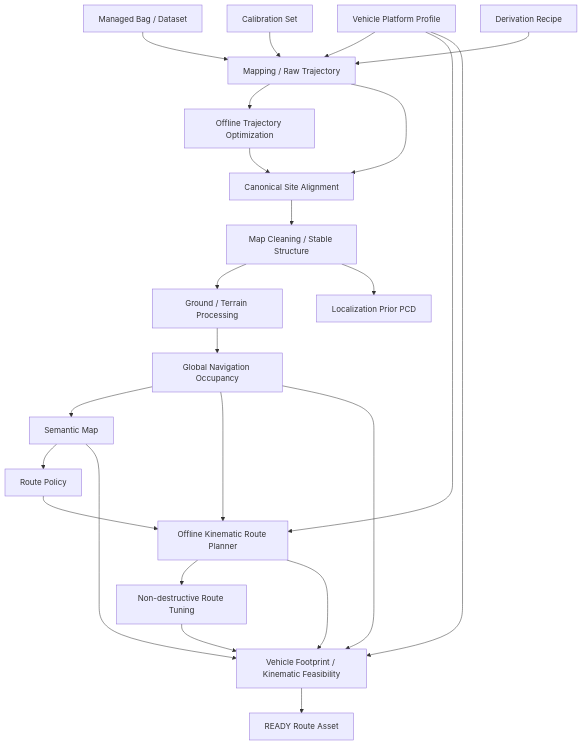
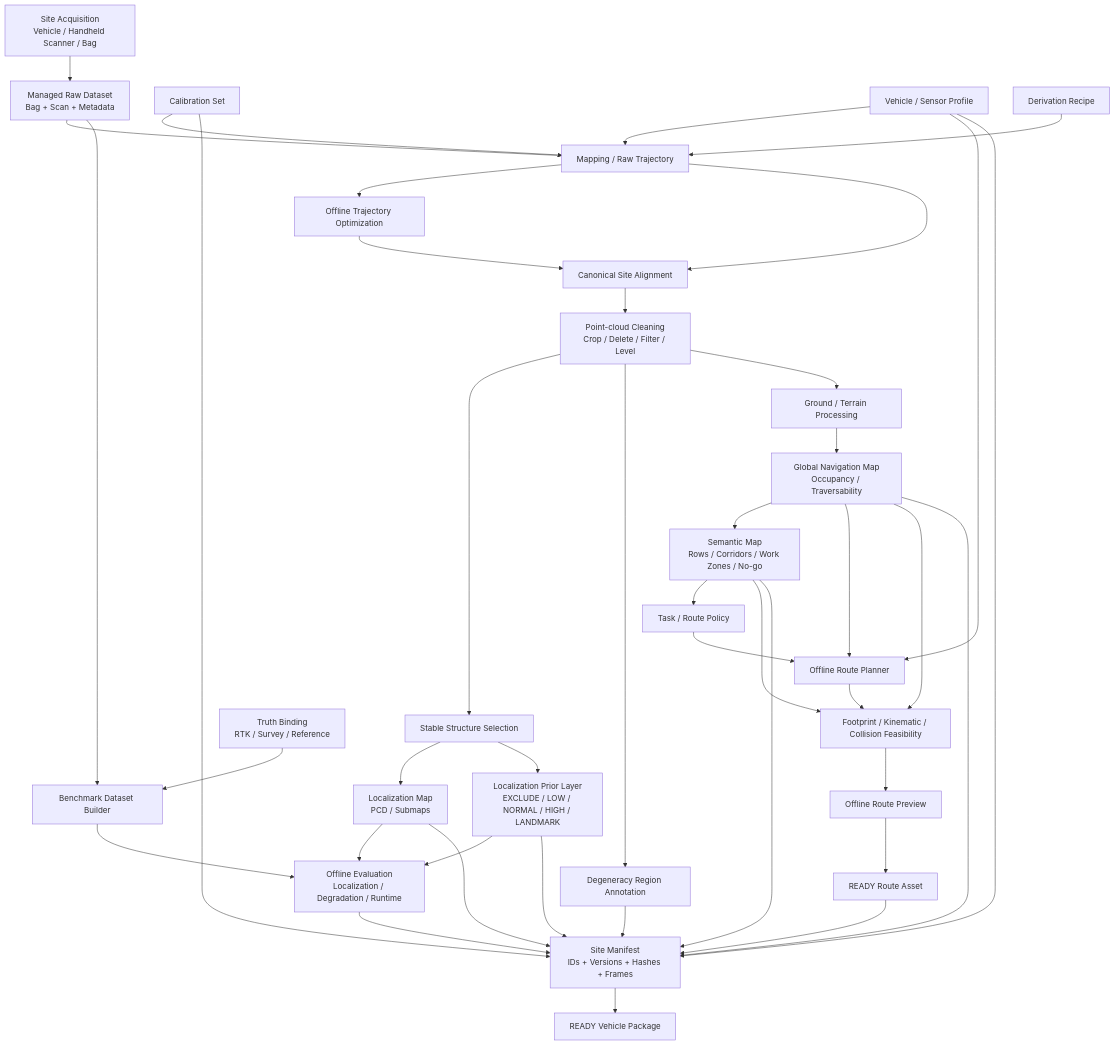
One commit to Aldoubt/agt_navigation_v2 changed the diagram in docs/architecture/offline_asset_pipeline.md. Above: the diagram before and after it, drawn with Mermaid. The commit also changed other lines of this file, not shown here.

Commit message:
docs(v25-12): expand offline site asset workflow

````diff
--- a/docs/architecture/offline_asset_pipeline.md
+++ b/docs/architecture/offline_asset_pipeline.md
@@ -5,46 +11,80 @@
 ```mermaid
 flowchart TD
-  BAG["Managed Bag / Dataset"]
+  ACQ["Site Acquisition\nVehicle / Handheld Scanner / Bag"]
+  RAW["Managed Raw Dataset\nBag + Scan + Metadata"]
   CAL["Calibration Set"]
-  PROFILE["Vehicle Platform Profile"]
+  PROFILE["Vehicle / Sensor Profile"]
   RECIPE["Derivation Recipe"]
 
   MAP["Mapping / Raw Trajectory"]
   OPT["Offline Trajectory Optimization"]
   ALIGN["Canonical Site Alignment"]
-  CLEAN["Map Cleaning / Stable Structure"]
+
+  CLEAN["Point-cloud Cleaning\nCrop / Delete / Filter / Level"]
+  STABLE["Stable Structure Selection"]
+  PRIOR["Localization Prior Layer\nEXCLUDE / LOW / NORMAL / HIGH / LANDMARK"]
+  DEGEN["Degeneracy Region Annotation"]
+
+  LOCMAP["Localization Map\nPCD / Submaps"]
   GROUND["Ground / Terrain Processing"]
+  OCC["Global Navigation Map\nOccupancy / Traversability"]
 
-  PRIOR["Localization Prior PCD"]
-  OCC["Global Navigation Occupancy"]
-  SEM["Semantic Map"]
-  POLICY["Route Policy"]
-  PLAN["Offline Kinematic Route Planner"]
-  TUNE["Non-destructive Route Tuning"]
-  FEAS["Vehicle Footprint / Kinematic Feasibility"]
+  SEM["Semantic Map\nRows / Corridors / Work Zones / No-go"]
+  POLICY["Task / Route Policy"]
+  PLAN["Offline Route Planner"]
+  FEAS["Footprint / Kinematic / Collision Feasibility"]
+  PREVIEW["Offline Route Preview"]
   ROUTE["READY Route Asset"]
 
-  BAG --> MAP
+  BENCH["Benchmark Dataset Builder"]
+  TRUTH["Truth Binding\nRTK / Survey / Reference"]
+  EVAL["Offline Evaluation\nLocalization / Degradation / Runtime"]
+
+  MANIFEST["Site Manifest\nIDs + Versions + Hashes + Frames"]
+  EXPORT["READY Vehicle Package"]
+
+  ACQ --> RAW
+  RAW --> MAP
   CAL --> MAP
   PROFILE --> MAP
   RECIPE --> MAP
   MAP --> OPT
   OPT --> ALIGN
   MAP --> ALIGN
+
   ALIGN --> CLEAN
+  CLEAN --> STABLE
+  STABLE --> LOCMAP
+  STABLE --> PRIOR
+  CLEAN --> DEGEN
   CLEAN --> GROUND
-  CLEAN --> PRIOR
   GROUND --> OCC
+
   OCC --> SEM
   SEM --> POLICY
+  POLICY --> PLAN
   OCC --> PLAN
-  POLICY --> PLAN
   PROFILE --> PLAN
-  PLAN --> TUNE
-  TUNE --> FEAS
   PLAN --> FEAS
-  PROFILE --> FEAS
+  SEM --> FEAS
   OCC --> FEAS
-  SEM --> FEAS
-  FEAS --> ROUTE
+  FEAS --> PREVIEW
+  PREVIEW --> ROUTE
+
+  RAW --> BENCH
+  TRUTH --> BENCH
+  LOCMAP --> EVAL
+  PRIOR --> EVAL
+  BENCH --> EVAL
+
+  LOCMAP --> MANIFEST
+  PRIOR --> MANIFEST
+  DEGEN --> MANIFEST
+  OCC --> MANIFEST
+  SEM --> MANIFEST
+  ROUTE --> MANIFEST
+  CAL --> MANIFEST
+  PROFILE --> MANIFEST
+  EVAL --> MANIFEST
+  MANIFEST --> EXPORT
 ```
````
